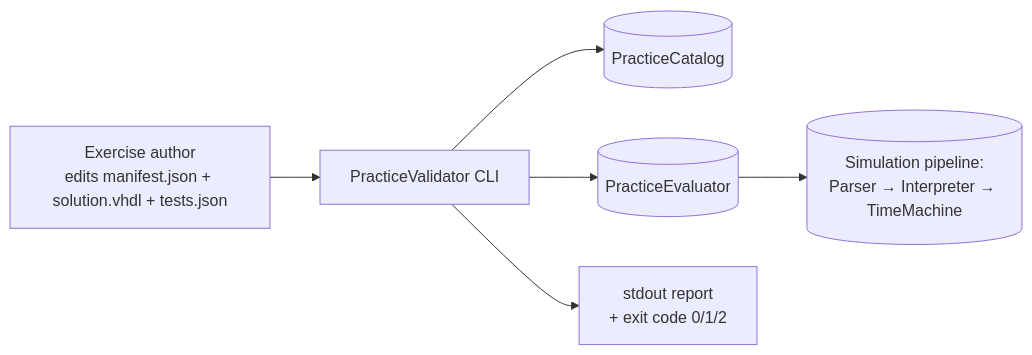
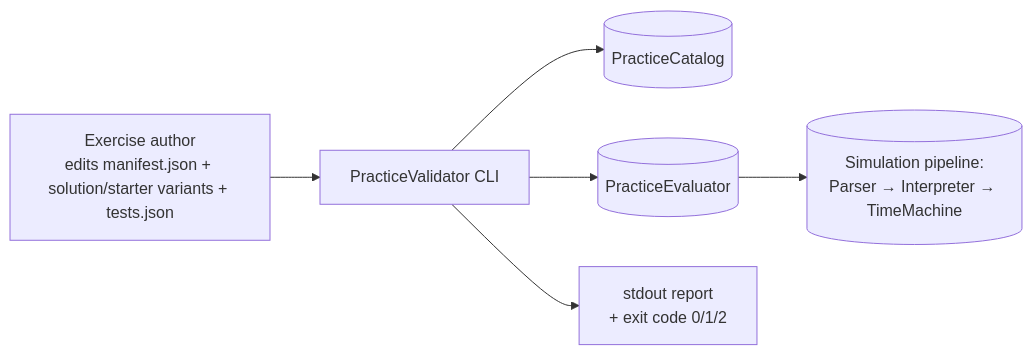
Before and after one commit to Kmila9s/PracticeValidator: the second of 3 diagrams in README.md, drawn with Mermaid. The commit also changed other lines of this file and 1 other file, not shown here.

First line of the commit message:
Validate every HDL language variant of each exercise (missing variant = failure), solutions and starters

````diff
--- a/README.md
+++ b/README.md
@@ -133,13 +134,13 @@
 ```mermaid
 flowchart LR
-    Author[Exercise author<br/>edits manifest.json + solution.vhdl + tests.json]
+    Author[Exercise author<br/>edits manifest.json + solution/starter variants + tests.json]
     Validator[PracticeValidator CLI]
     Catalog[(PracticeCatalog)]
     Evaluator[(PracticeEvaluator)]
     Sim[(Simulation pipeline:<br/>Parser → Interpreter → TimeMachine)]
     Author --> Validator
     Validator --> Catalog
     Validator --> Evaluator
     Evaluator --> Sim
     Validator --> Report[stdout report<br/>+ exit code 0/1/2]
 ```
````
